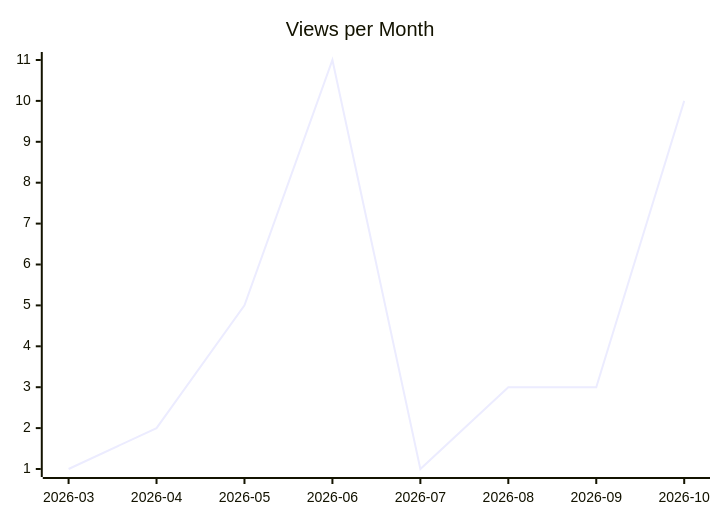
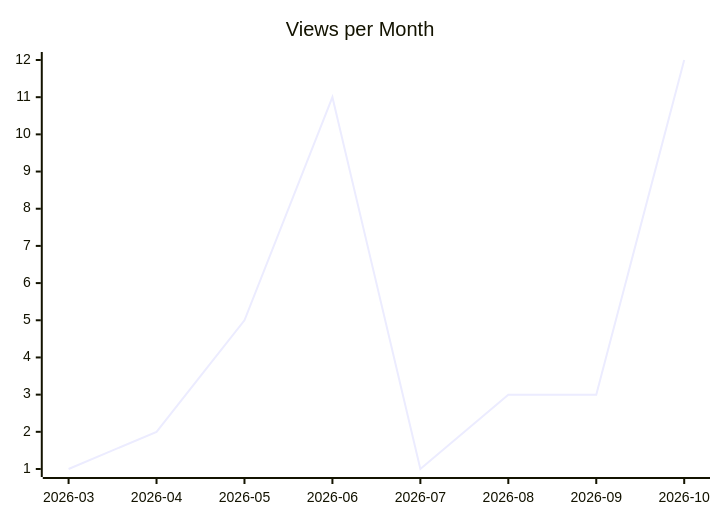
Before and after one commit to justdavis-family/github-analytics-data: the second of 3 diagrams in karlmdavis/justdavis-ansible/README.md, drawn with Mermaid. The commit also changed other lines of this file and 201 other files, not shown here.

````diff
--- a/karlmdavis/justdavis-ansible/README.md
+++ b/karlmdavis/justdavis-ansible/README.md
@@ -12,6 +12,6 @@
 ```mermaid
 xychart-beta
   title "Views per Month"
   x-axis ["2026-03", "2026-04", "2026-05", "2026-06", "2026-07", "2026-08", "2026-09", "2026-10"]
-  line [1, 2, 5, 11, 1, 3, 3, 10]
+  line [1, 2, 5, 11, 1, 3, 3, 12]
 ```
````
